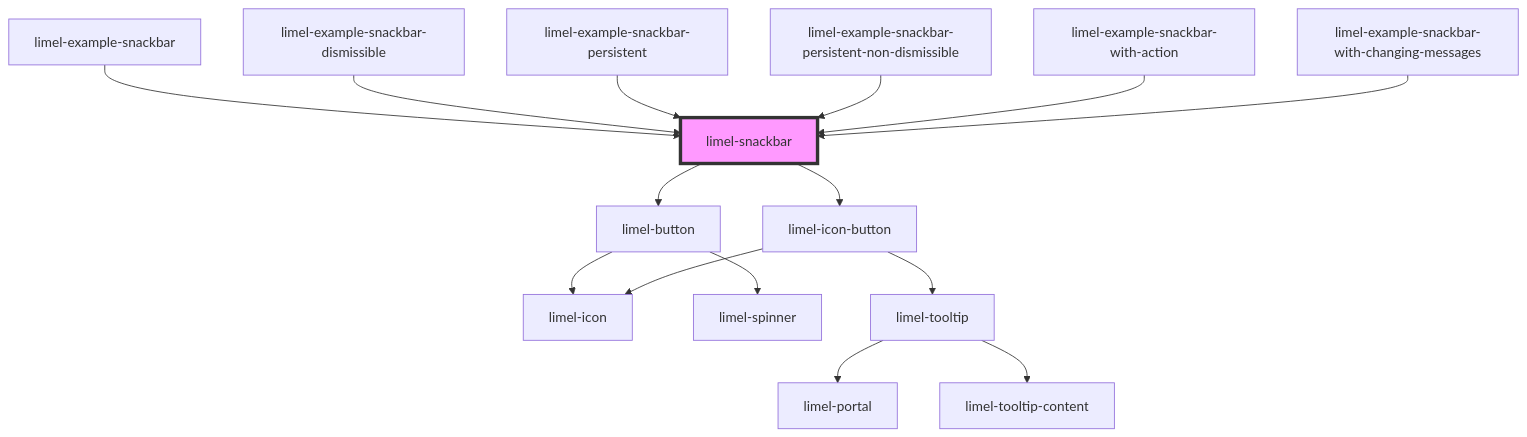
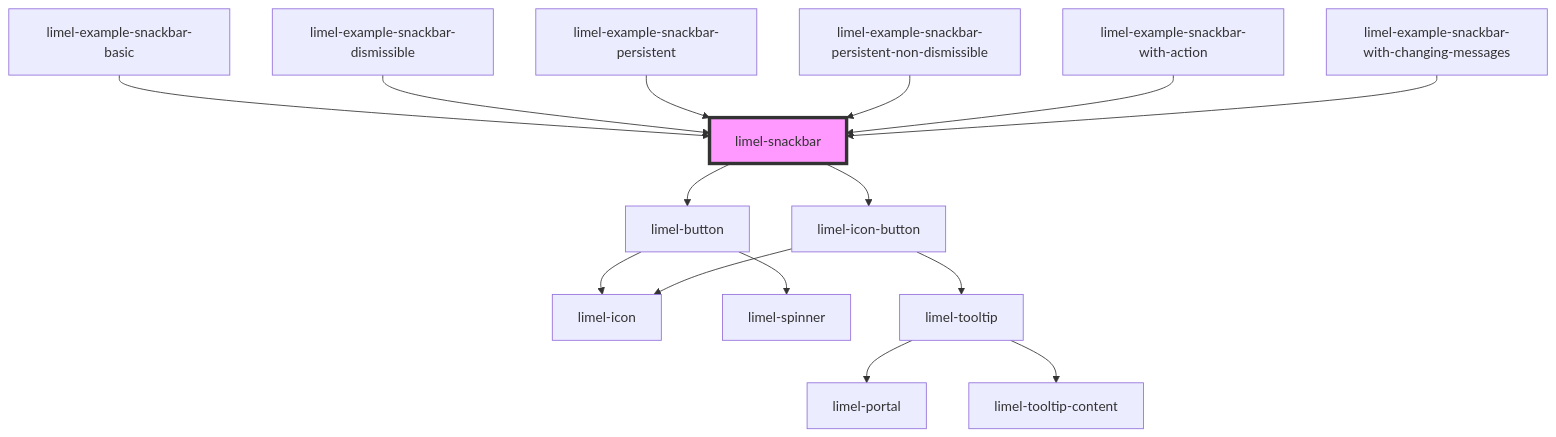
Before and after one commit to Lundalogik/lime-elements: the diagram in versions/PR-3981/markdown-docs/components/snackbar/readme.md, drawn with Mermaid. The commit also changed other lines of this file and 211 other files, not shown here.

````diff
--- a/versions/PR-3981/markdown-docs/components/snackbar/readme.md
+++ b/versions/PR-3981/markdown-docs/components/snackbar/readme.md
@@ -79,18 +79,18 @@
 ```mermaid
 graph TD;
   limel-snackbar --> limel-button
   limel-snackbar --> limel-icon-button
   limel-button --> limel-icon
   limel-button --> limel-spinner
   limel-icon-button --> limel-icon
   limel-icon-button --> limel-tooltip
   limel-tooltip --> limel-portal
   limel-tooltip --> limel-tooltip-content
-  limel-example-snackbar --> limel-snackbar
+  limel-example-snackbar-basic --> limel-snackbar
   limel-example-snackbar-dismissible --> limel-snackbar
   limel-example-snackbar-persistent --> limel-snackbar
   limel-example-snackbar-persistent-non-dismissible --> limel-snackbar
   limel-example-snackbar-with-action --> limel-snackbar
   limel-example-snackbar-with-changing-messages --> limel-snackbar
   style limel-snackbar fill:#f9f,stroke:#333,stroke-width:4px
 ```
````
